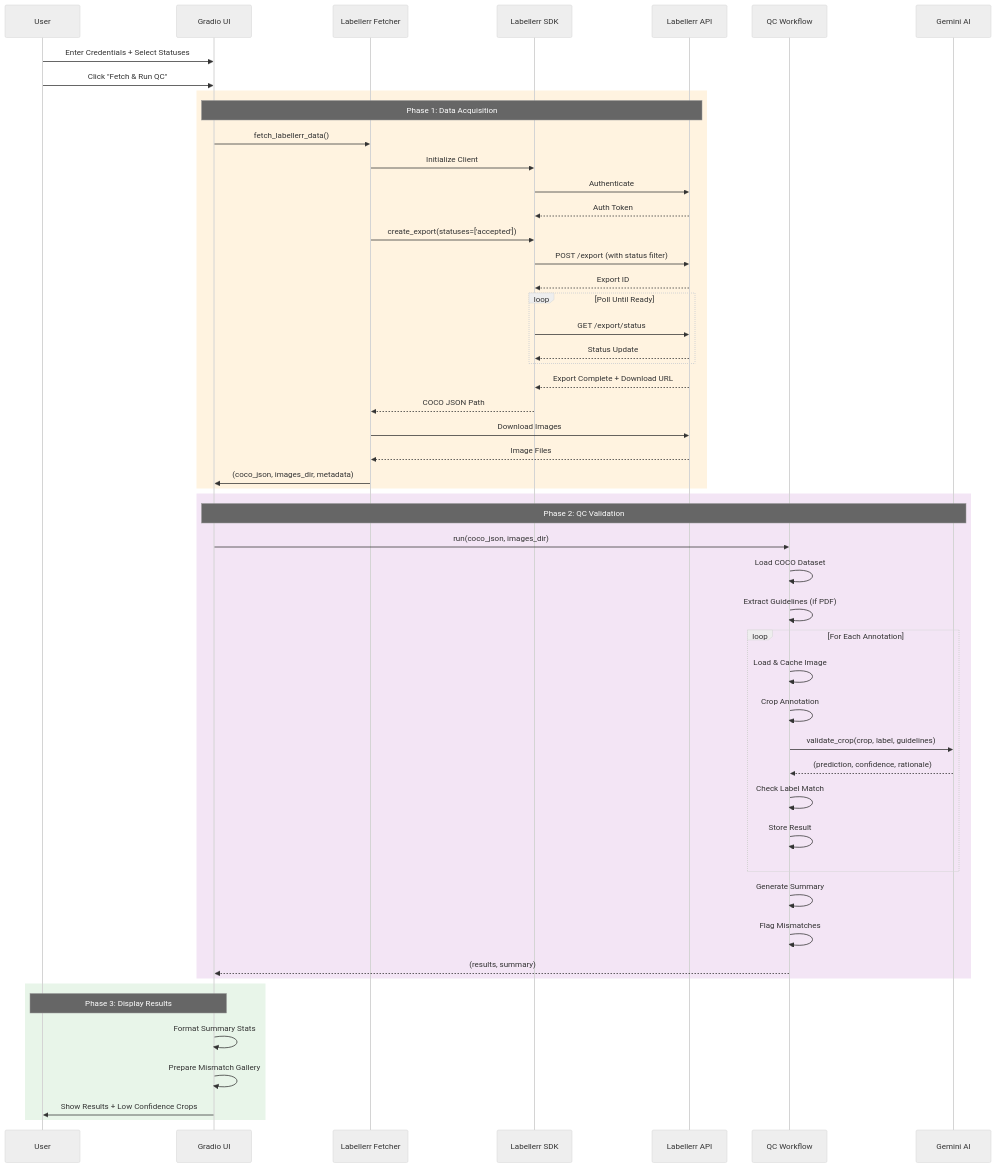
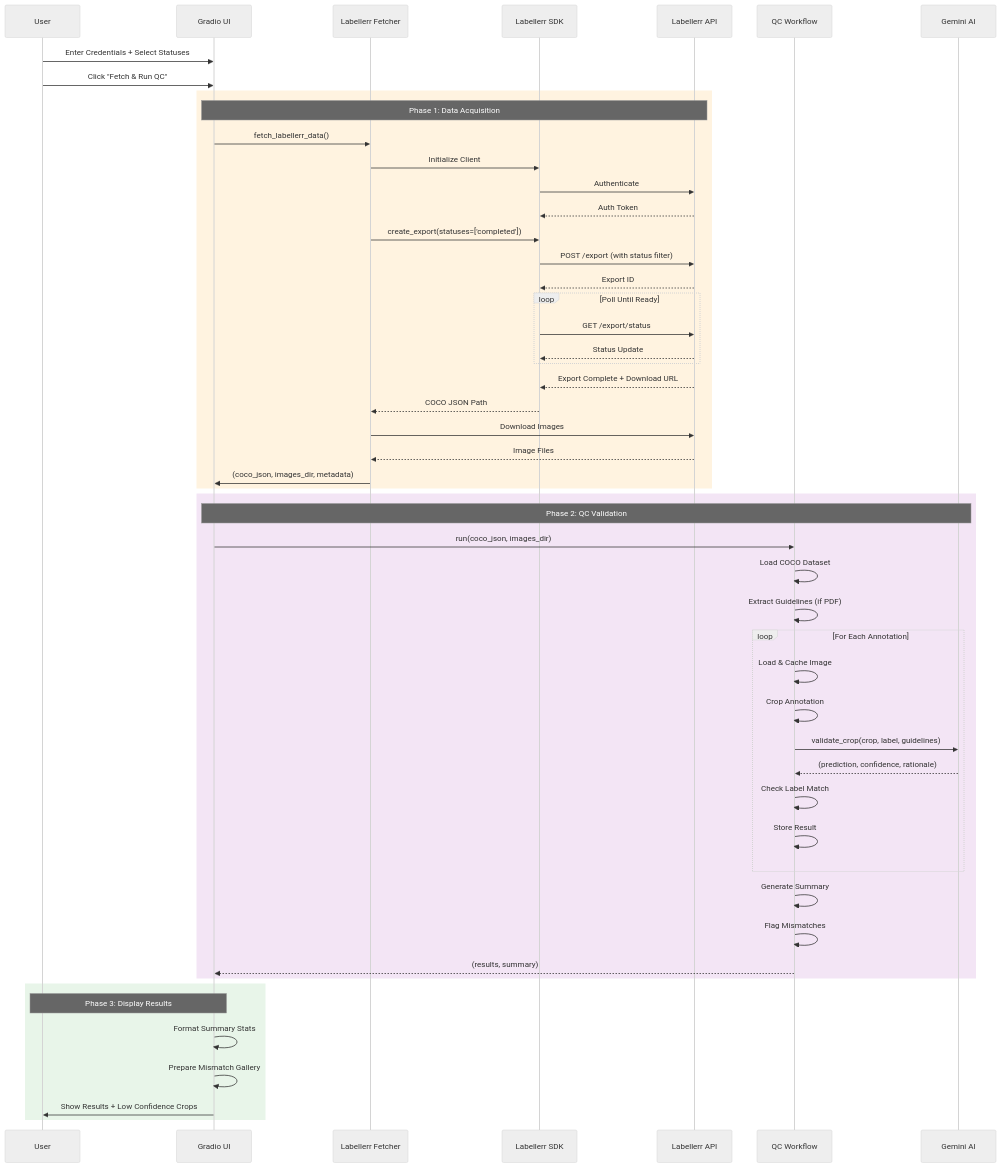
The second of 3 diagrams in demo/labellerr-integration/README.md (Labellerr/label-checker), drawn with Mermaid (neutral theme) before and after one commit. The commit also changed other lines of this file and 8 other files, not shown here.

Commit message:
feat: Update Labellerr integration to use 'completed' status, enhance export polling with detailed debugging, and revise model name to gemini-3-flash-preview

````diff
--- a/demo/labellerr-integration/README.md
+++ b/demo/labellerr-integration/README.md
@@ -332,65 +330,65 @@
 ```mermaid
 sequenceDiagram
     participant User
     participant Gradio as Gradio UI
     participant Fetcher as Labellerr Fetcher
     participant SDK as Labellerr SDK
     participant API as Labellerr API
     participant Workflow as QC Workflow
     participant Gemini as Gemini AI
     
     User->>Gradio: Enter Credentials + Select Statuses
     User->>Gradio: Click "Fetch & Run QC"
     
     rect rgb(255, 243, 224)
         Note over Gradio,API: Phase 1: Data Acquisition
         Gradio->>Fetcher: fetch_labellerr_data()
         Fetcher->>SDK: Initialize Client
         SDK->>API: Authenticate
         API-->>SDK: Auth Token
         
-        Fetcher->>SDK: create_export(statuses=['accepted'])
+        Fetcher->>SDK: create_export(statuses=['completed'])
         SDK->>API: POST /export (with status filter)
         API-->>SDK: Export ID
         
         loop Poll Until Ready
             SDK->>API: GET /export/status
             API-->>SDK: Status Update
         end
         
         API-->>SDK: Export Complete + Download URL
         SDK-->>Fetcher: COCO JSON Path
         
         Fetcher->>API: Download Images
         API-->>Fetcher: Image Files
         Fetcher->>Gradio: (coco_json, images_dir, metadata)
     end
     
     rect rgb(243, 229, 245)
         Note over Gradio,Gemini: Phase 2: QC Validation
         Gradio->>Workflow: run(coco_json, images_dir)
         
         Workflow->>Workflow: Load COCO Dataset
         Workflow->>Workflow: Extract Guidelines (if PDF)
         
         loop For Each Annotation
             Workflow->>Workflow: Load & Cache Image
             Workflow->>Workflow: Crop Annotation
             Workflow->>Gemini: validate_crop(crop, label, guidelines)
             Gemini-->>Workflow: (prediction, confidence, rationale)
             Workflow->>Workflow: Check Label Match
             Workflow->>Workflow: Store Result
         end
         
         Workflow->>Workflow: Generate Summary
         Workflow->>Workflow: Flag Mismatches
         Workflow-->>Gradio: (results, summary)
     end
     
     rect rgb(232, 245, 233)
         Note over Gradio,User: Phase 3: Display Results
         Gradio->>Gradio: Format Summary Stats
         Gradio->>Gradio: Prepare Mismatch Gallery
         Gradio->>User: Show Results + Low Confidence Crops
     end
 ```
````
